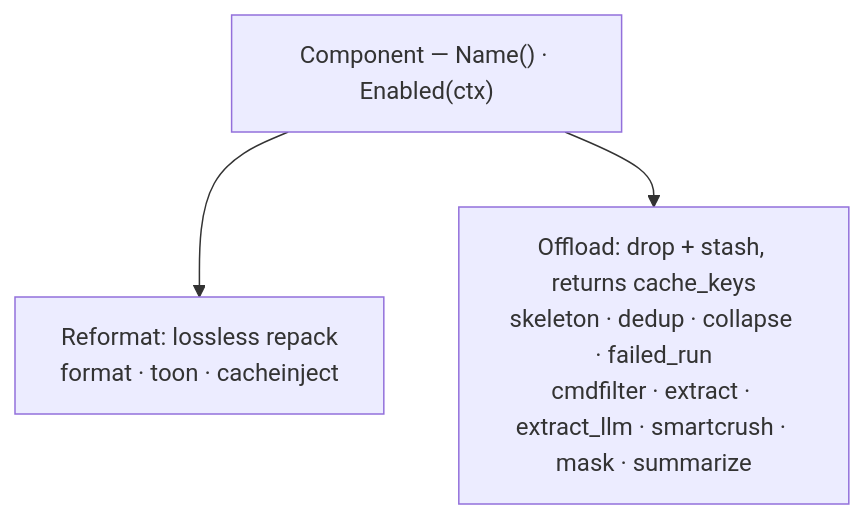
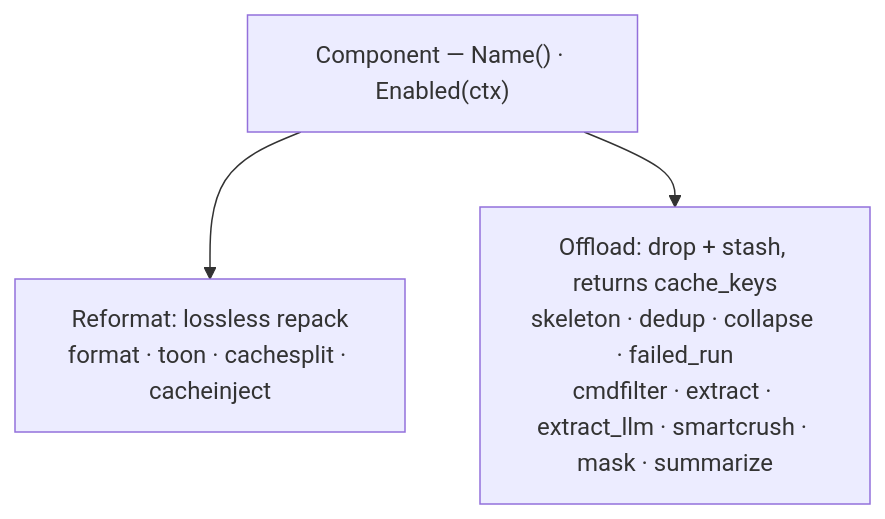
One commit to itay-nakash/context-guru changed the second of 2 diagrams in README.md. Above: the diagram before and after it, drawn with Mermaid. The commit also changed other lines of this file and 17 other files, not shown here.

````diff
--- a/README.md
+++ b/README.md
@@ -79,6 +79,6 @@
 ```mermaid
 flowchart TD
   C["Component — Name() · Enabled(ctx)"]
-  C --> R["Reformat: lossless repack<br/>format · toon · cacheinject"]
+  C --> R["Reformat: lossless repack<br/>format · toon · cachesplit · cacheinject"]
   C --> O["Offload: drop + stash, returns cache_keys<br/>skeleton · dedup · collapse · failed_run<br/>cmdfilter · extract · extract_llm · smartcrush · mask · summarize"]
 ```
````
